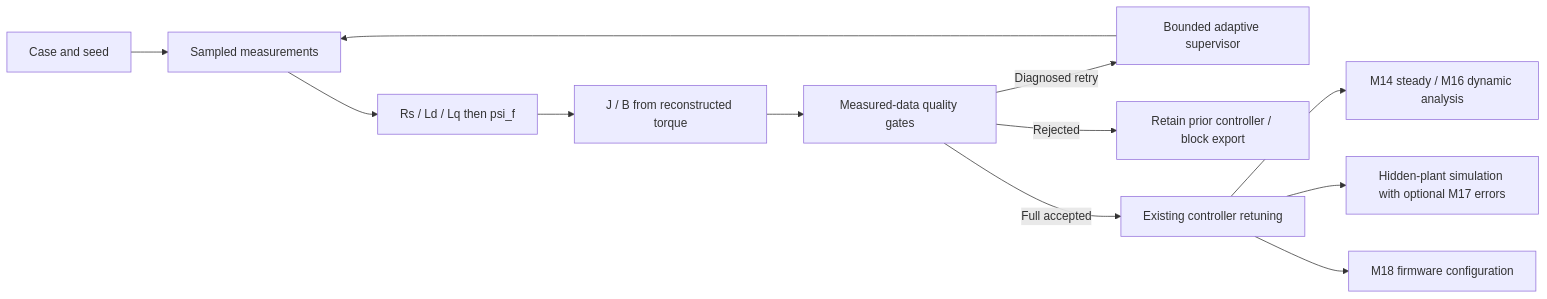
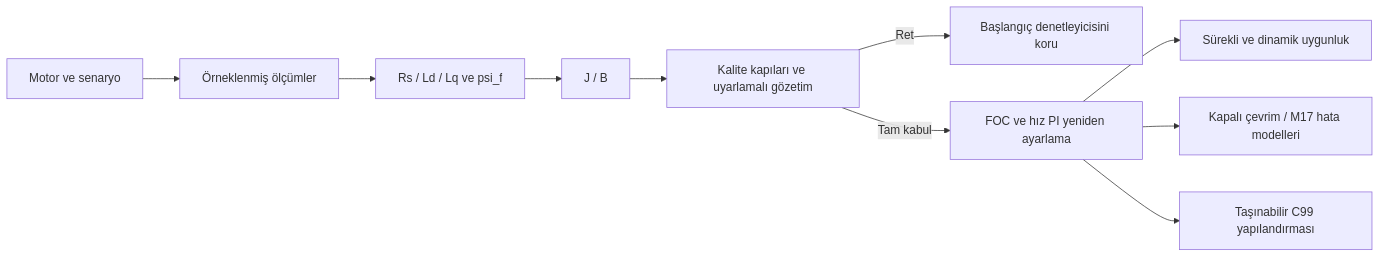
The diagram in README.md (terogra/self-commissioning-pmsm-drive), drawn with Mermaid before and after one commit. The commit also changed other lines of this file and 25 other files, not shown here.

````diff
--- a/README.md
+++ b/README.md
@@ -29,14 +69,12 @@
 ```mermaid
 flowchart LR
-    C[Case and seed] --> M[Sampled measurements]
-    M --> E[Rs / Ld / Lq then psi_f]
-    E --> J[J / B from reconstructed torque]
-    J --> Q[Measured-data quality gates]
-    Q -->|Diagnosed retry| A[Bounded adaptive supervisor]
-    A --> M
-    Q -->|Rejected| R[Retain prior controller / block export]
-    Q -->|Full accepted| T[Existing controller retuning]
-    T --> F[M14 steady / M16 dynamic analysis]
-    T --> V[Hidden-plant simulation with optional M17 errors]
-    T --> H[M18 firmware configuration]
+    S[Motor ve senaryo] --> M[Örneklenmiş ölçümler]
+    M --> E[Rs / Ld / Lq ve psi_f]
+    E --> J[J / B]
+    J --> Q[Kalite kapıları ve uyarlamalı gözetim]
+    Q -->|Ret| R[Başlangıç denetleyicisini koru]
+    Q -->|Tam kabul| C[FOC ve hız PI yeniden ayarlama]
+    C --> F[Sürekli ve dinamik uygunluk]
+    C --> V[Kapalı çevrim / M17 hata modelleri]
+    C --> H[Taşınabilir C99 yapılandırması]
 ```
````
